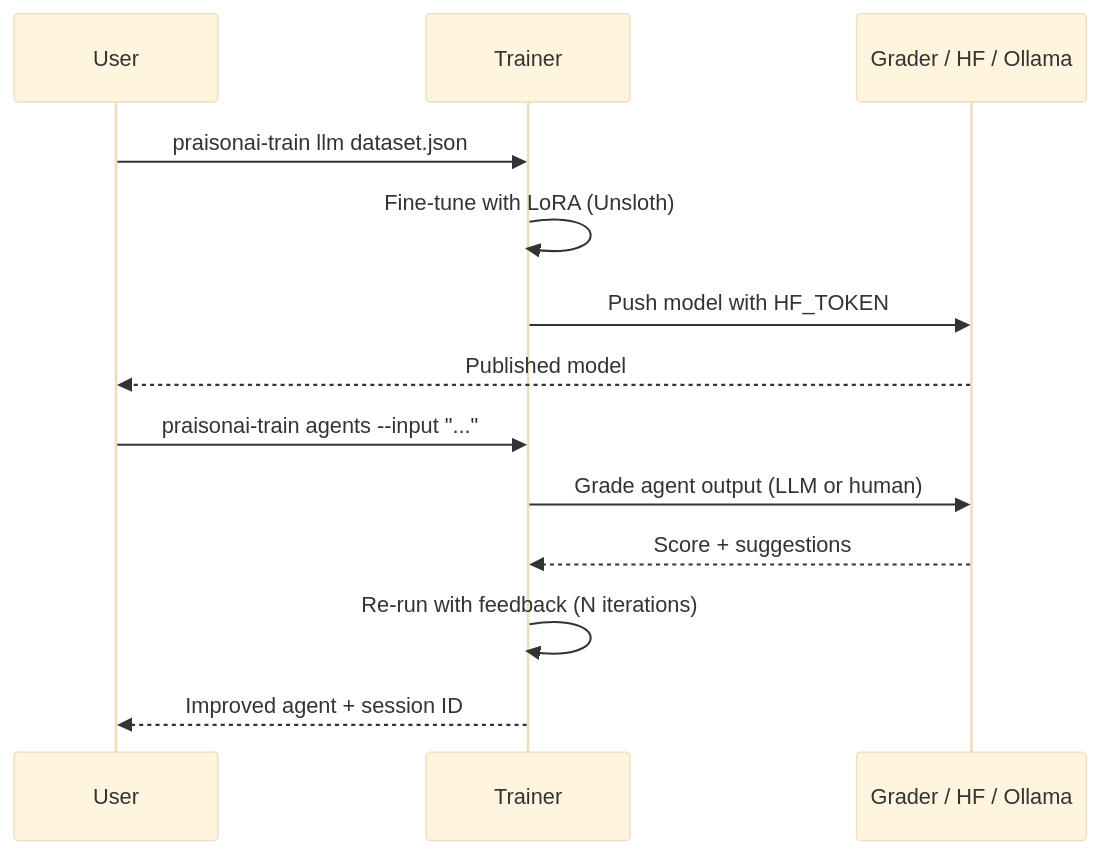
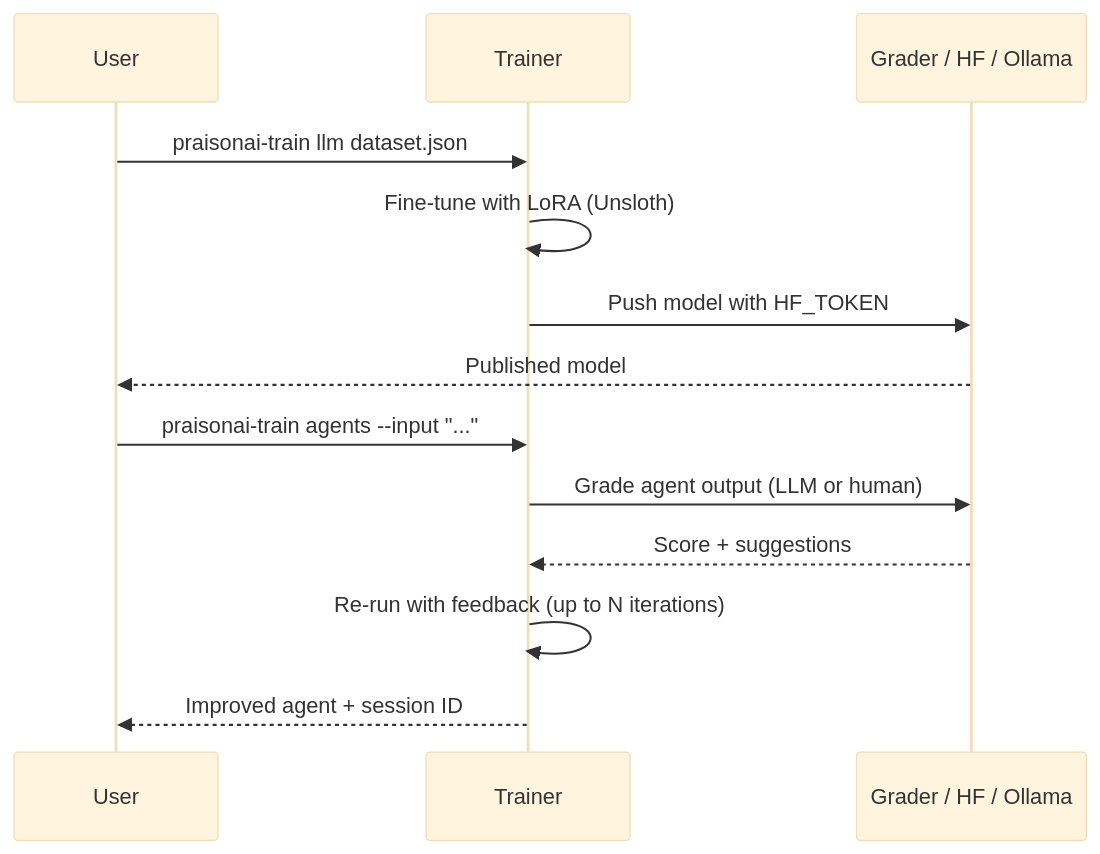
One commit to MervinPraison/PraisonAIDocs changed the second of 3 diagrams in docs/train.mdx. Above: the diagram before and after it, drawn with Mermaid (base theme). The commit also changed other lines of this file and 2 other files, not shown here.

Commit message:
docs(train): document --iterations max, --no-early-stop, and early-stop summary rows (fixes #2025)

````diff
--- a/docs/train.mdx
+++ b/docs/train.mdx
@@ -117,17 +121,17 @@
 ```mermaid
 sequenceDiagram
     participant User
     participant Trainer
     participant Grader as Grader / HF / Ollama
 
     User->>Trainer: praisonai-train llm dataset.json
     Trainer->>Trainer: Fine-tune with LoRA (Unsloth)
     Trainer->>Grader: Push model with HF_TOKEN
     Grader-->>User: Published model
 
     User->>Trainer: praisonai-train agents --input "..."
     Trainer->>Grader: Grade agent output (LLM or human)
     Grader-->>Trainer: Score + suggestions
-    Trainer->>Trainer: Re-run with feedback (N iterations)
+    Trainer->>Trainer: Re-run with feedback (up to N iterations)
     Trainer-->>User: Improved agent + session ID
 ```
````
